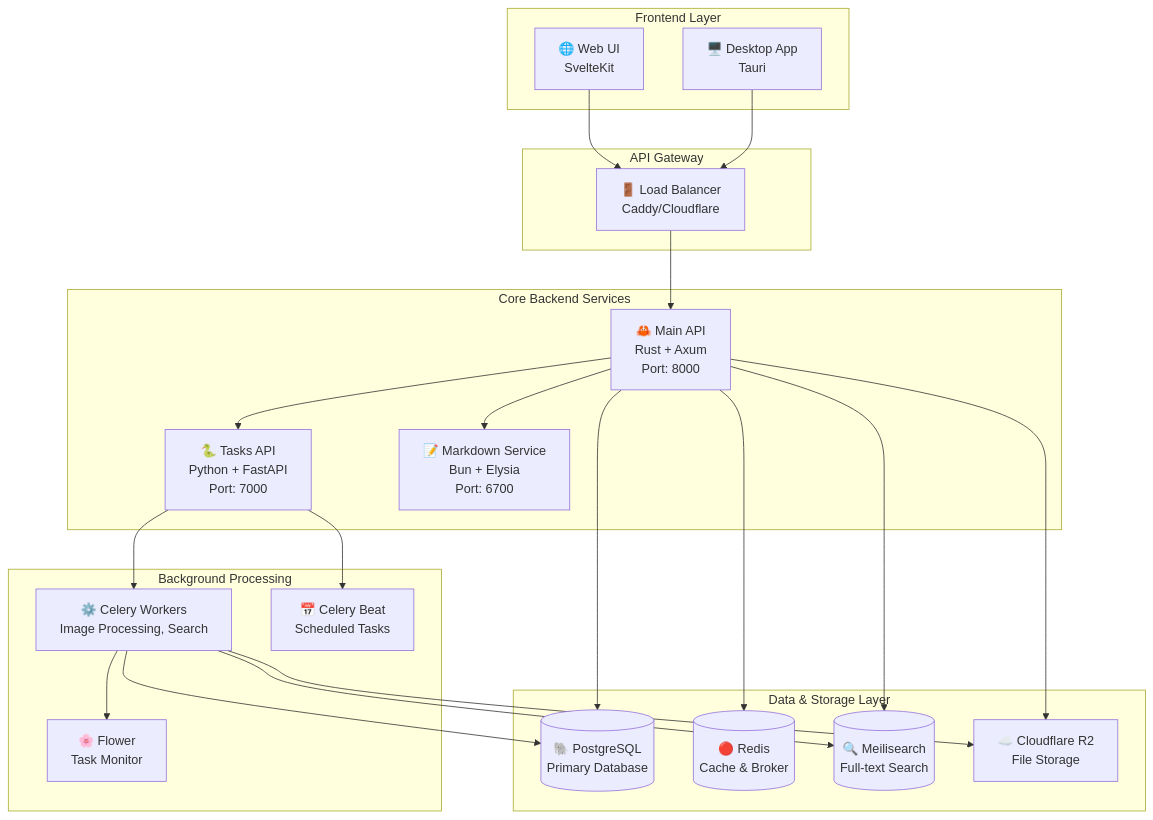
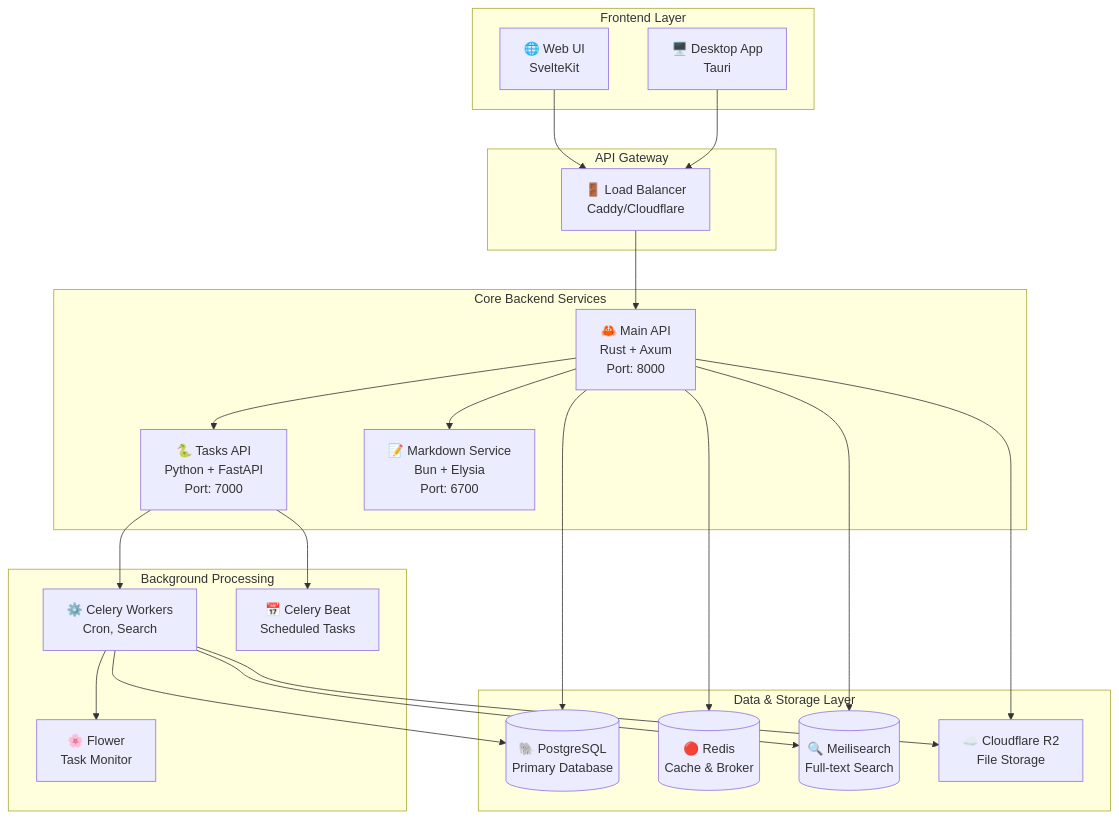
Before and after one commit to levish0/mofumofu: the diagram in README.md, drawn with Mermaid.

````diff
--- a/README.md
+++ b/README.md
@@ -40,49 +40,49 @@
 ```mermaid
 graph TB
     subgraph "Frontend Layer"
         UI[🌐 Web UI<br/>SvelteKit]
         DESKTOP[🖥️ Desktop App<br/>Tauri]
     end
 
     subgraph "API Gateway"
         GATEWAY[🚪 Load Balancer<br/>Caddy/Cloudflare]
     end
 
     subgraph "Core Backend Services"
         API[🦀 Main API<br/>Rust + Axum<br/>Port: 8000]
         TASKS[🐍 Tasks API<br/>Python + FastAPI<br/>Port: 7000]
         MARKDOWN[📝 Markdown Service<br/>Bun + Elysia<br/>Port: 6700]
     end
 
     subgraph "Background Processing"
-        WORKER[⚙️ Celery Workers<br/>Image Processing, Search]
+        WORKER[⚙️ Celery Workers<br/>Cron, Search]
         BEAT[📅 Celery Beat<br/>Scheduled Tasks]
         FLOWER[🌸 Flower<br/>Task Monitor]
     end
 
     subgraph "Data & Storage Layer"
         POSTGRES[(🐘 PostgreSQL<br/>Primary Database)]
         REDIS[(🔴 Redis<br/>Cache & Broker)]
         SEARCH[(🔍 Meilisearch<br/>Full-text Search)]
         R2[☁️ Cloudflare R2<br/>File Storage]
     end
 
     UI --> GATEWAY
     DESKTOP --> GATEWAY
     GATEWAY --> API
     API --> TASKS
     API --> MARKDOWN
     API --> POSTGRES
     API --> REDIS
     API --> SEARCH
 
     TASKS --> WORKER
     TASKS --> BEAT
     WORKER --> FLOWER
 
     WORKER --> POSTGRES
     WORKER --> SEARCH
     WORKER --> R2
 
     API --> R2
 ```
````
